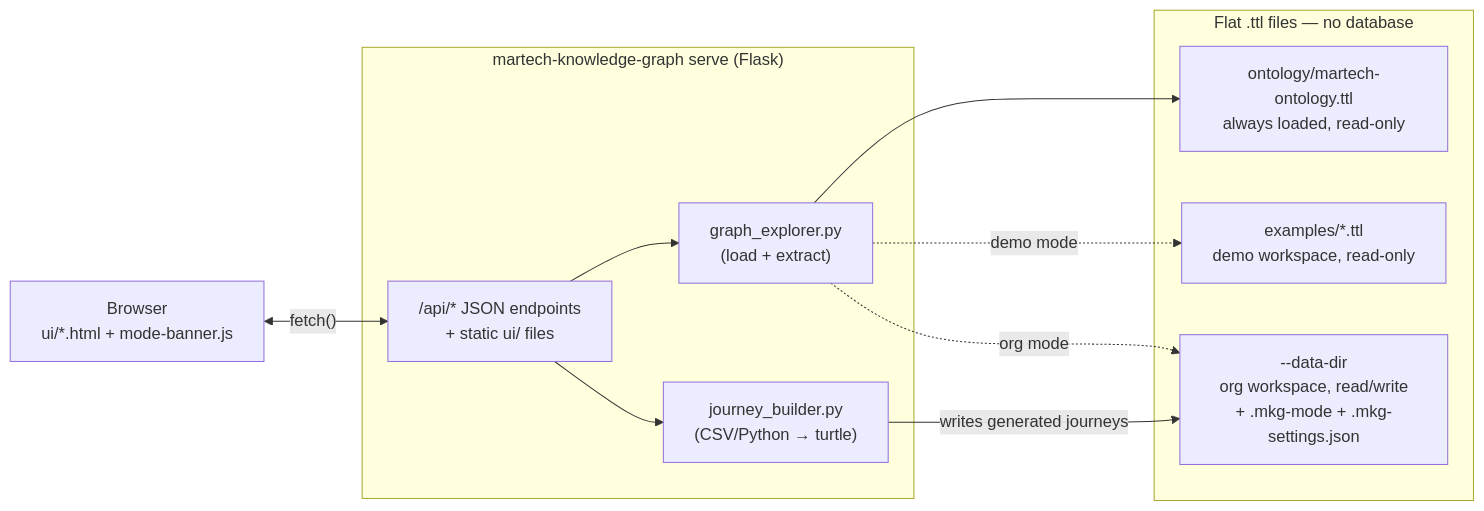
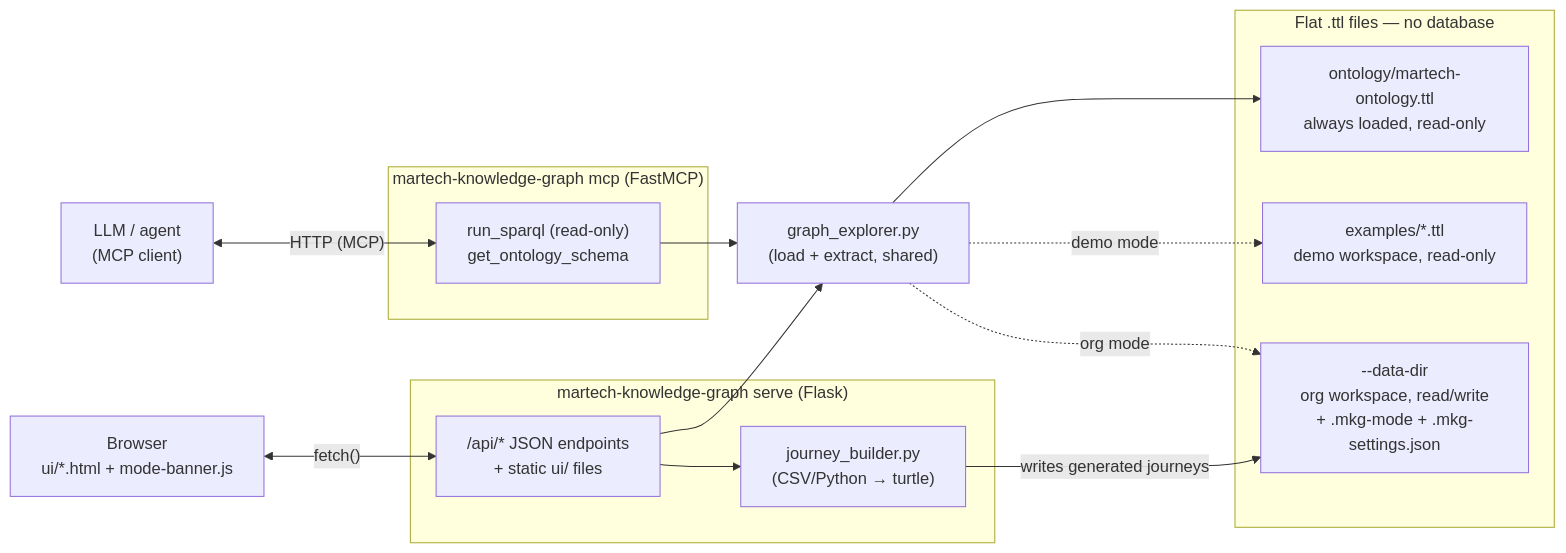
One commit to patrickhegnauer/martech_knowledge-graph changed the diagram in README.md. Above: the diagram before and after it, drawn with Mermaid. The commit also changed other lines of this file and 9 other files, not shown here.

````diff
--- a/README.md
+++ b/README.md
@@ -12,24 +13,32 @@
 ```mermaid
 flowchart LR
     Browser["Browser<br/>ui/*.html + mode-banner.js"]
+    Agent["LLM / agent<br/>(MCP client)"]
 
     subgraph Server["martech-knowledge-graph serve (Flask)"]
         API["/api/* JSON endpoints<br/>+ static ui/ files"]
-        GE["graph_explorer.py<br/>(load + extract)"]
         JB["journey_builder.py<br/>(CSV/Python → turtle)"]
     end
+
+    subgraph MCP["martech-knowledge-graph mcp (FastMCP)"]
+        Tools["run_sparql (read-only)<br/>get_ontology_schema"]
+    end
+
+    GE["graph_explorer.py<br/>(load + extract, shared)"]
 
     subgraph Data["Flat .ttl files — no database"]
         ONT["ontology/martech-ontology.ttl<br/>always loaded, read-only"]
         DEMO["examples/*.ttl<br/>demo workspace, read-only"]
         ORG["--data-dir<br/>org workspace, read/write<br/>+ .mkg-mode + .mkg-settings.json"]
     end
 
     Browser <-->|"fetch()"| API
+    Agent <-->|"HTTP (MCP)"| Tools
     API --> GE
     API --> JB
+    Tools --> GE
     GE --> ONT
     GE -. demo mode .-> DEMO
     GE -. org mode .-> ORG
     JB -->|writes generated journeys| ORG
 ```
````
